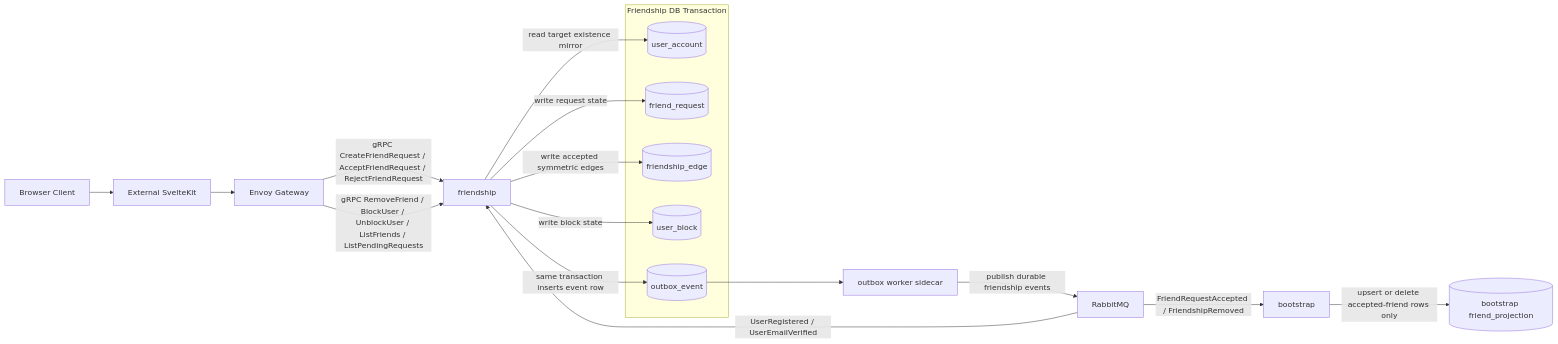
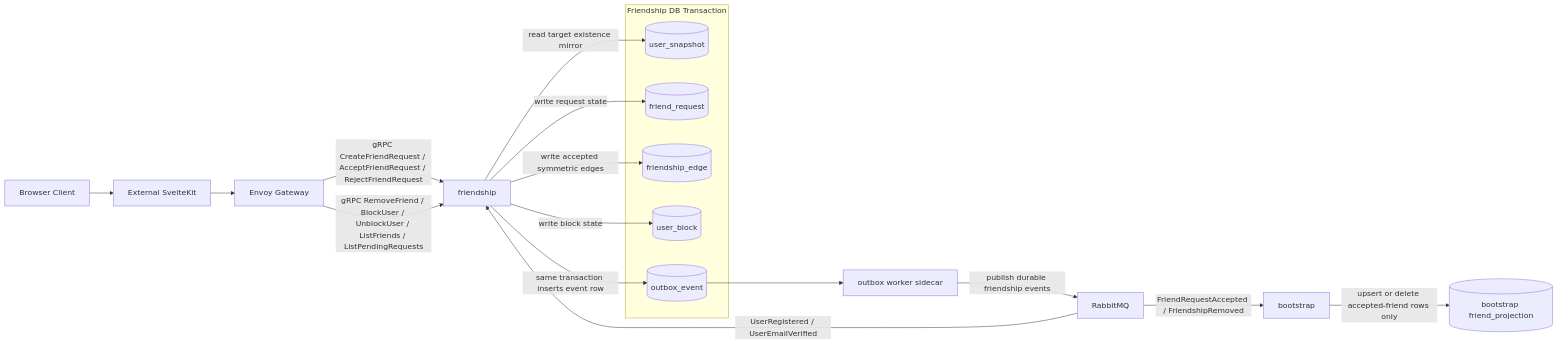
The diagram in docs/service/friendship/diagram.md (nthnf/Relay), drawn with Mermaid before and after one commit. The commit also changed other lines of this file and 56 other files, not shown here.

First line of the commit message:
feat(friendship,workspace): add user_snapshot sync

````diff
--- a/docs/service/friendship/diagram.md
+++ b/docs/service/friendship/diagram.md
@@ -3,27 +3,27 @@
 ```mermaid
 flowchart LR
     Browser[Browser Client] --> App[External SvelteKit]
     App --> Gateway[Envoy Gateway]
     Gateway -->|gRPC CreateFriendRequest / AcceptFriendRequest / RejectFriendRequest| Friendship[friendship]
     Gateway -->|gRPC RemoveFriend / BlockUser / UnblockUser / ListFriends / ListPendingRequests| Friendship
     RabbitMQ[RabbitMQ] -->|UserRegistered / UserEmailVerified| Friendship
 
     subgraph Friendship DB Transaction
-        UA[(user_account)]
+        UA[(user_snapshot)]
         FR[(friend_request)]
         FE[(friendship_edge)]
         UB[(user_block)]
         O[(outbox_event)]
     end
 
     Friendship -->|read target existence mirror| UA
     Friendship -->|write request state| FR
     Friendship -->|write accepted symmetric edges| FE
     Friendship -->|write block state| UB
     Friendship -->|same transaction inserts event row| O
 
     O --> Worker[outbox worker sidecar]
     Worker -->|publish durable friendship events| RabbitMQ[RabbitMQ]
     RabbitMQ -->|FriendRequestAccepted / FriendshipRemoved| Bootstrap[bootstrap]
     Bootstrap -->|upsert or delete accepted-friend rows only| Projections[(bootstrap friend_projection)]
 ```
````
